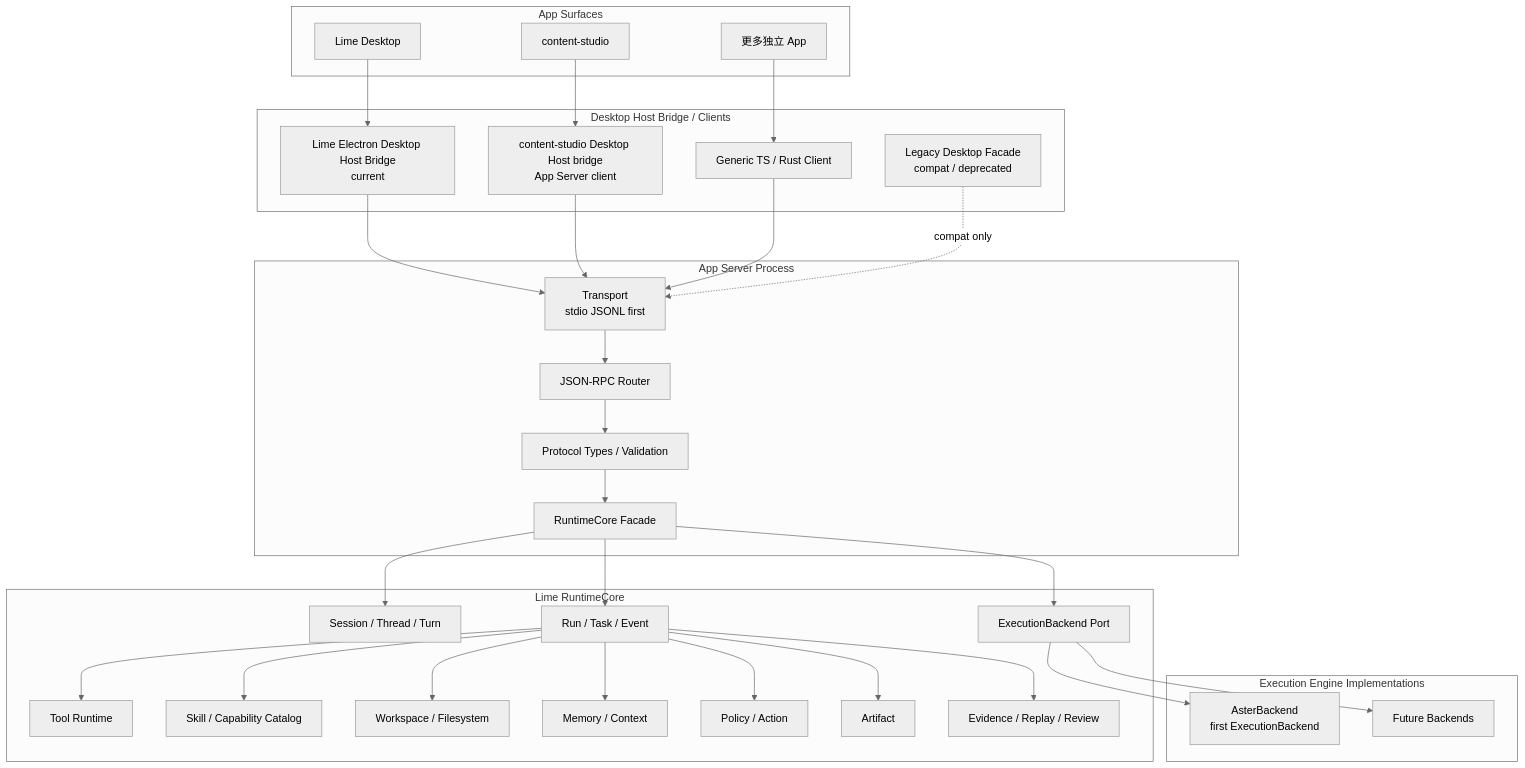
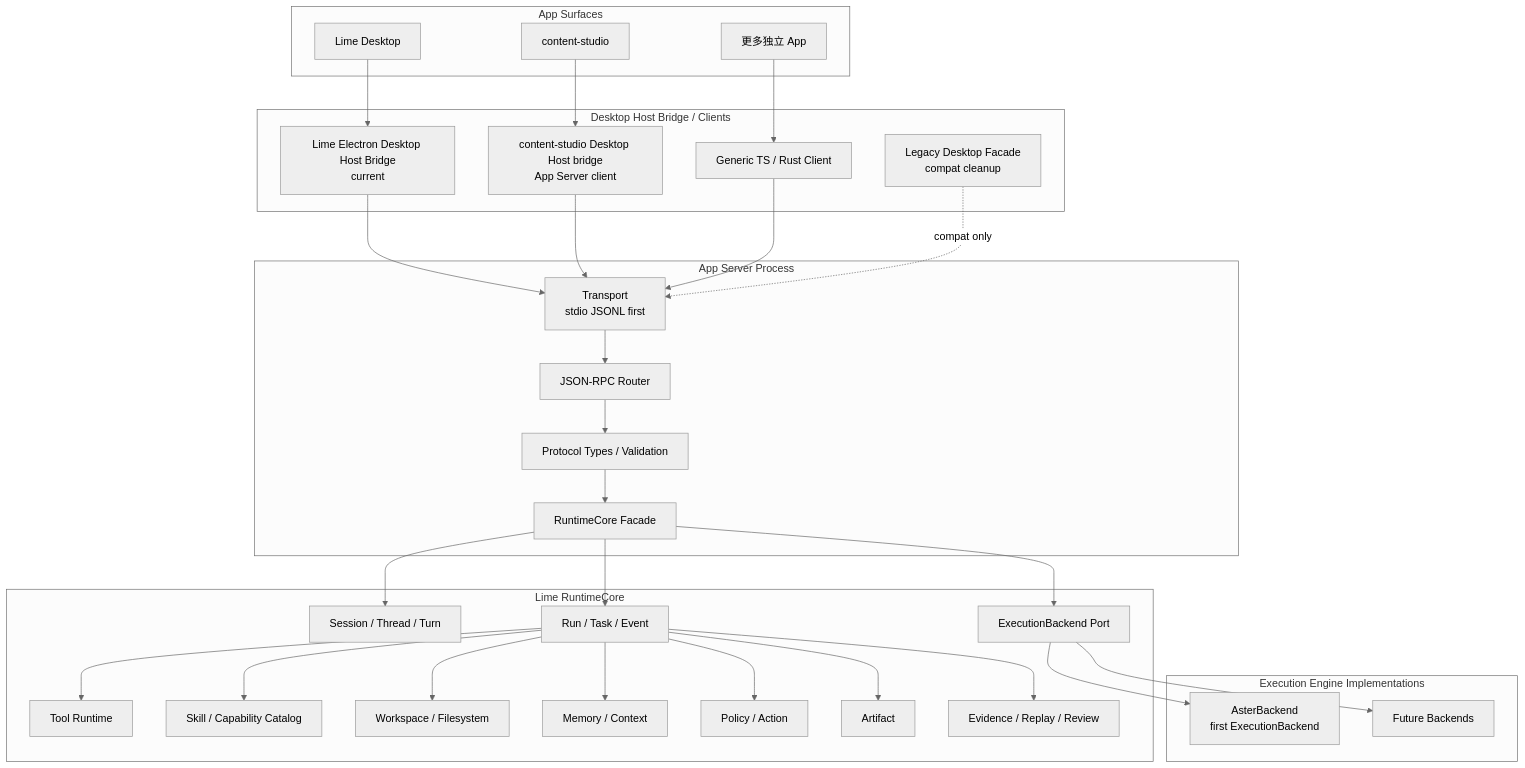
Before and after one commit to jiujuan/lime: the first of 2 diagrams in internal/roadmap/appserver/architecture.md, drawn with Mermaid (neutral theme). The commit also changed other lines of this file and 370 other files, not shown here.

````diff
--- a/internal/roadmap/appserver/architecture.md
+++ b/internal/roadmap/appserver/architecture.md
@@ -20,61 +20,61 @@
 ```mermaid
 flowchart TB
     subgraph Apps["App Surfaces"]
         Desktop["Lime Desktop"]
         ContentStudio["content-studio"]
         OtherApps["更多独立 App"]
     end
 
     subgraph HostBridge["Desktop Host Bridge / Clients"]
         LimeElectronBridge["Lime Electron Desktop Host Bridge<br/>current"]
         ContentStudioBridge["content-studio Desktop Host bridge<br/>App Server client"]
-        LegacyFacade["Legacy Desktop Facade<br/>compat / deprecated"]
+        LegacyFacade["Legacy Desktop Facade<br/>compat cleanup"]
         GenericClient["Generic TS / Rust Client"]
     end
 
     subgraph Server["App Server Process"]
         Transport["Transport<br/>stdio JSONL first"]
         Router["JSON-RPC Router"]
         Protocol["Protocol Types / Validation"]
         ServiceFacade["RuntimeCore Facade"]
     end
 
     subgraph Runtime["Lime RuntimeCore"]
         Session["Session / Thread / Turn"]
         Run["Run / Task / Event"]
         BackendPort["ExecutionBackend Port"]
         Tool["Tool Runtime"]
         Skill["Skill / Capability Catalog"]
         Workspace["Workspace / Filesystem"]
         Memory["Memory / Context"]
         Policy["Policy / Action"]
         Artifact["Artifact"]
         Evidence["Evidence / Replay / Review"]
     end
 
     subgraph Backends["Execution Engine Implementations"]
         Aster["AsterBackend<br/>first ExecutionBackend"]
         Future["Future Backends"]
     end
 
     Desktop --> LimeElectronBridge
     ContentStudio --> ContentStudioBridge
     OtherApps --> GenericClient
     LimeElectronBridge --> Transport
     ContentStudioBridge --> Transport
     GenericClient --> Transport
     LegacyFacade -. "compat only" .-> Transport
     Transport --> Router --> Protocol --> ServiceFacade
     ServiceFacade --> Session
     ServiceFacade --> Run
     ServiceFacade --> BackendPort
     BackendPort --> Aster
     BackendPort --> Future
     Run --> Tool
     Run --> Skill
     Run --> Workspace
     Run --> Memory
     Run --> Policy
     Run --> Artifact
     Run --> Evidence
 ```
````
